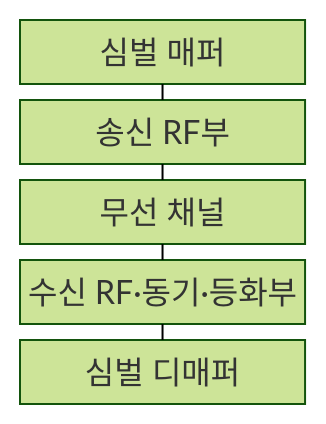
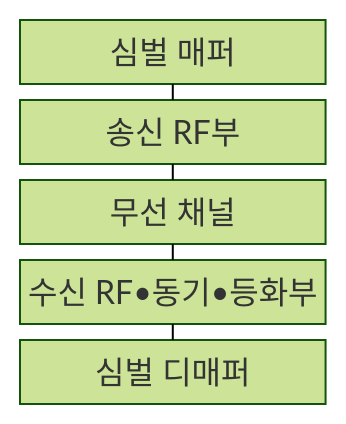
The first of 2 diagrams in src/content/docs/notes/04-network/066_modulation_methods.md (agnusdei1207/knowledge-base), drawn with Mermaid (forest theme) before and after one commit. The commit also changed other lines of this file and 953 other files, not shown here.

````diff
--- a/src/content/docs/notes/04-network/066_modulation_methods.md
+++ b/src/content/docs/notes/04-network/066_modulation_methods.md
@@ -70,13 +70,13 @@
 ```mermaid
 block-beta
     columns 1
     A["심벌 매퍼"]
     B["송신 RF부"]
     C["무선 채널"]
-    D["수신 RF·동기·등화부"]
+    D["수신 RF•동기•등화부"]
     E["심벌 디매퍼"]
     A --- B
     B --- C
     C --- D
     D --- E
 ```
````
